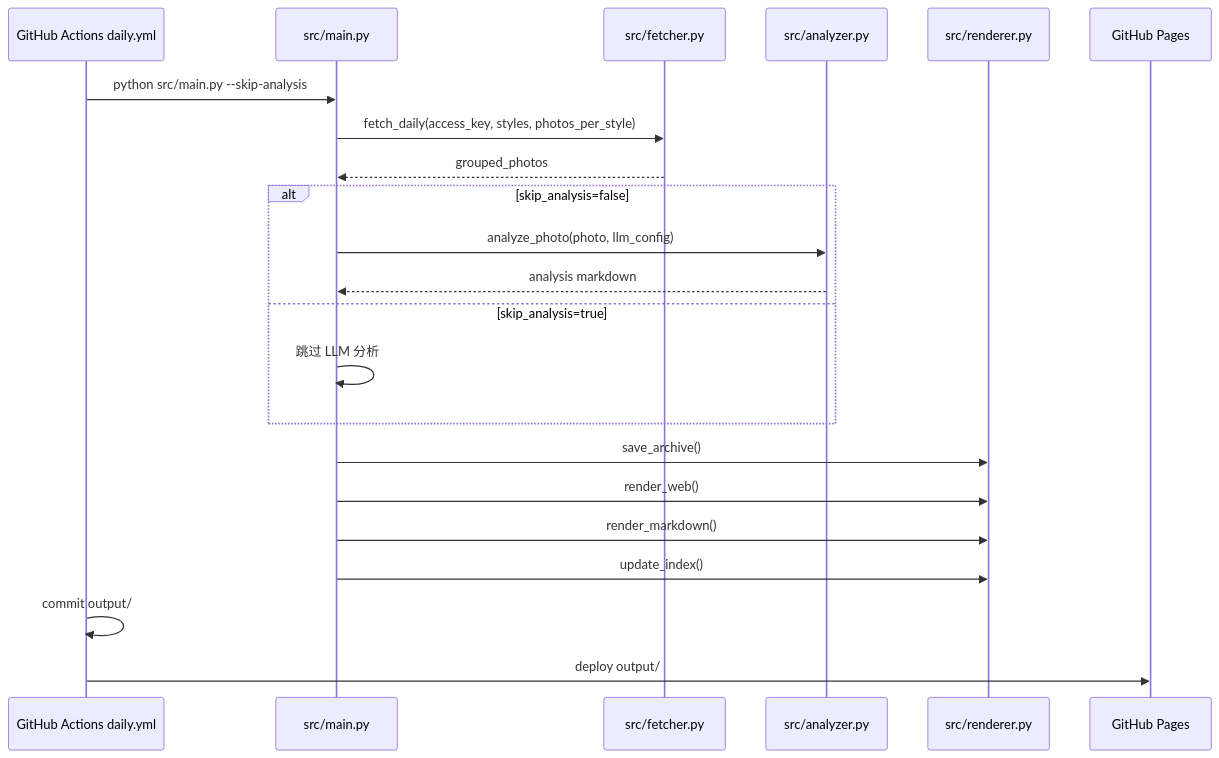
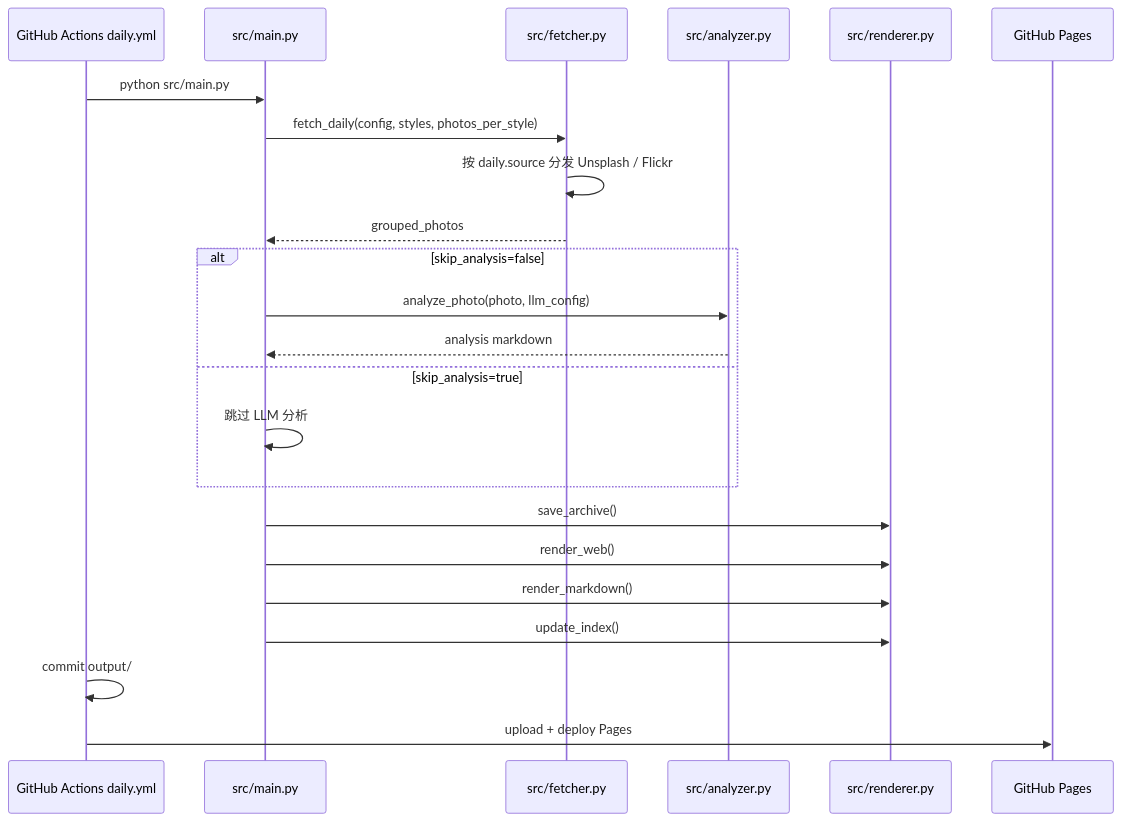
The third of 9 diagrams in docs/PRD.md (krisaruz/daily-photo-coach), drawn with Mermaid before and after one commit. The commit also changed other lines of this file and 2 other files, not shown here.

````diff
--- a/docs/PRD.md
+++ b/docs/PRD.md
@@ -197,25 +273,26 @@
 ```mermaid
 sequenceDiagram
     participant Cron as GitHub Actions daily.yml
     participant Main as src/main.py
     participant Fetcher as src/fetcher.py
     participant Analyzer as src/analyzer.py
     participant Renderer as src/renderer.py
     participant Pages as GitHub Pages
 
-    Cron->>Main: python src/main.py --skip-analysis
-    Main->>Fetcher: fetch_daily(access_key, styles, photos_per_style)
+    Cron->>Main: python src/main.py
+    Main->>Fetcher: fetch_daily(config, styles, photos_per_style)
+    Fetcher->>Fetcher: 按 daily.source 分发 Unsplash / Flickr
     Fetcher-->>Main: grouped_photos
     alt skip_analysis=false
         Main->>Analyzer: analyze_photo(photo, llm_config)
         Analyzer-->>Main: analysis markdown
     else skip_analysis=true
         Main->>Main: 跳过 LLM 分析
     end
     Main->>Renderer: save_archive()
     Main->>Renderer: render_web()
     Main->>Renderer: render_markdown()
     Main->>Renderer: update_index()
     Cron->>Cron: commit output/
-    Cron->>Pages: deploy output/
+    Cron->>Pages: upload + deploy Pages
 ```
````
